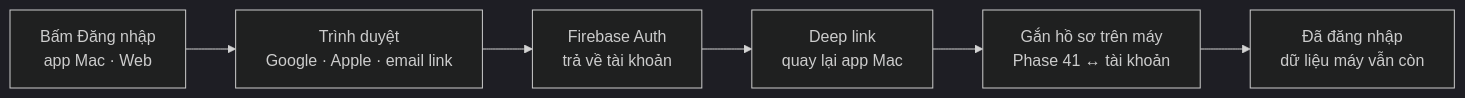
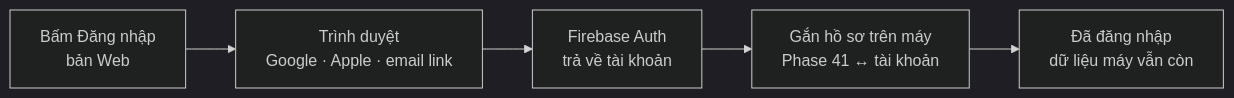
One commit to nvminhtu/niche-radar-docs changed the diagram in docs/web/phase-44-firebase-auth.md. Above: the diagram before and after it, drawn with Mermaid (dark theme). The commit also changed other lines of this file and 39 other files, not shown here.

Commit message:
docs: sync — trang Web bỏ phần app Mac, App làm khi xong Version 9

````diff
--- a/docs/web/phase-44-firebase-auth.md
+++ b/docs/web/phase-44-firebase-auth.md
@@ -10,8 +10,7 @@
 ```mermaid
 flowchart LR
-  U[Bấm Đăng nhập<br/>app Mac · Web] --> B[Trình duyệt<br/>Google · Apple · email link]
+  U[Bấm Đăng nhập<br/>bản Web] --> B[Trình duyệt<br/>Google · Apple · email link]
   B --> FA[Firebase Auth<br/>trả về tài khoản]
-  FA --> DL[Deep link<br/>quay lại app Mac]
-  DL --> L[Gắn hồ sơ trên máy<br/>Phase 41 ↔ tài khoản]
+  FA --> L[Gắn hồ sơ trên máy<br/>Phase 41 ↔ tài khoản]
   L --> OK[Đã đăng nhập<br/>dữ liệu máy vẫn còn]
 ```
````
